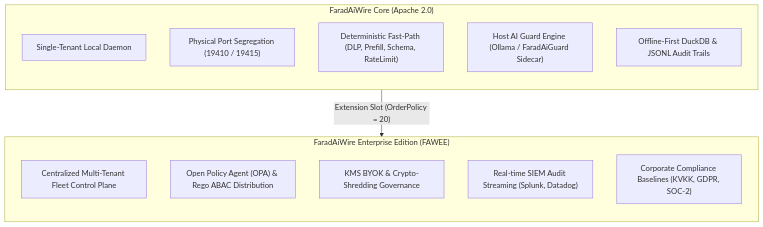
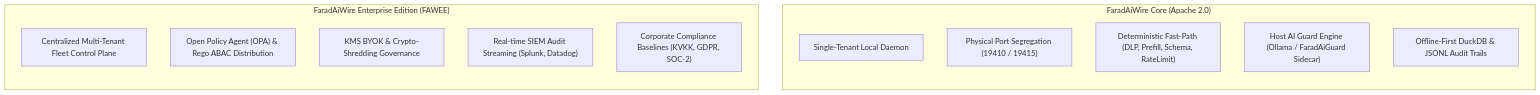
One commit to FaradAiLab/FaradAiWire changed the diagram in docs/02-architecture/open-core-model.md. Above: the diagram before and after it, drawn with Mermaid. The commit also changed other lines of this file and 2 other files, not shown here.

Commit message:
docs: update architecture and security filter documentation for standalone policy model

````diff
--- a/docs/02-architecture/open-core-model.md
+++ b/docs/02-architecture/open-core-model.md
@@ -10,22 +10,20 @@
 ```mermaid
 graph TD
     subgraph OpenCore ["FaradAiWire Core (Apache 2.0)"]
         direction TB
         C1["Single-Tenant Local Daemon"]
         C2["Physical Port Segregation (19410 / 19415)"]
         C3["Deterministic Fast-Path (DLP, Prefill, Schema, RateLimit)"]
         C4["Host AI Guard Engine (Ollama / FaradAiGuard Sidecar)"]
         C5["Offline-First DuckDB & JSONL Audit Trails"]
     end
 
     subgraph Enterprise ["FaradAiWire Enterprise Edition (FAWEE)"]
         direction TB
         E1["Centralized Multi-Tenant Fleet Control Plane"]
         E2["Open Policy Agent (OPA) & Rego ABAC Distribution"]
         E3["KMS BYOK & Crypto-Shredding Governance"]
         E4["Real-time SIEM Audit Streaming (Splunk, Datadog)"]
         E5["Corporate Compliance Baselines (KVKK, GDPR, SOC-2)"]
     end
-
-    OpenCore -->|"Extension Slot (OrderPolicy = 20)"| Enterprise
 ```
````
